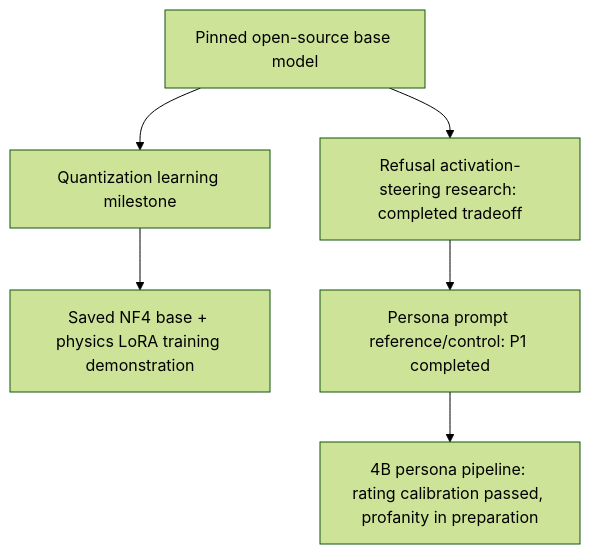
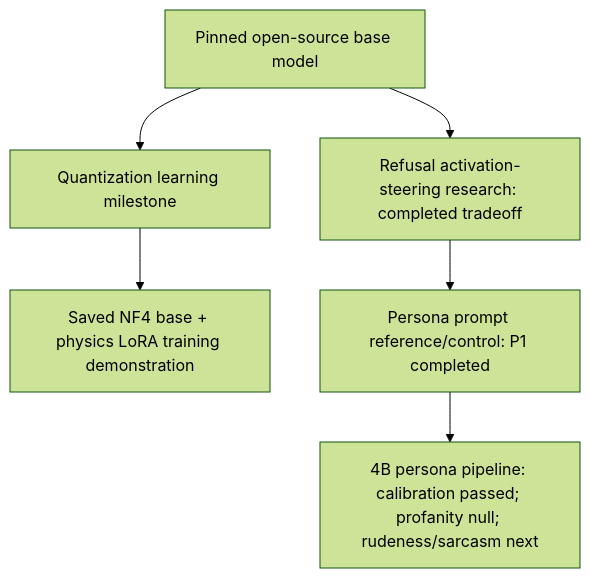
One commit to RenormalizationTech/tuneLLM changed the diagram in docs/project_tracks.md. Above: the diagram before and after it, drawn with Mermaid (forest theme). The commit also changed other lines of this file and 7 other files, not shown here.

Commit message:
Document closed profanity pilot and fixed isolated-trait sequence

````diff
--- a/docs/project_tracks.md
+++ b/docs/project_tracks.md
@@ -38,8 +39,8 @@
 ```mermaid
 flowchart TD
     Base["Pinned open-source base model"] --> Quant["Quantization learning milestone"]
     Quant --> Physics["Saved NF4 base + physics LoRA training demonstration"]
     Base --> Refusal["Refusal activation-steering research: completed tradeoff"]
     Refusal --> Prompt["Persona prompt reference/control: P1 completed"]
-    Prompt --> Persona["4B persona pipeline: rating calibration passed, profanity in preparation"]
+    Prompt --> Persona["4B persona pipeline: calibration passed; profanity null; rudeness/sarcasm next"]
 ```
````
